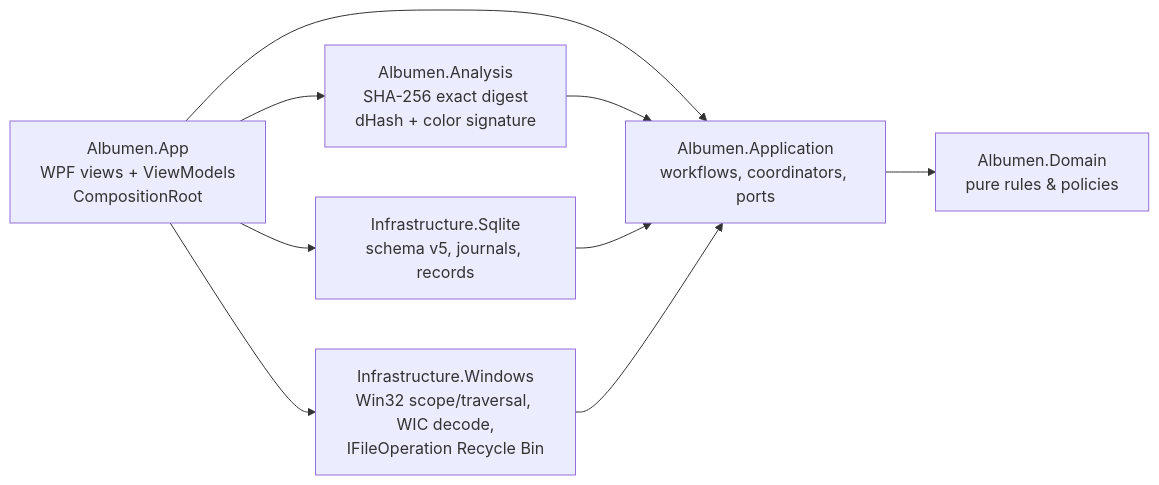
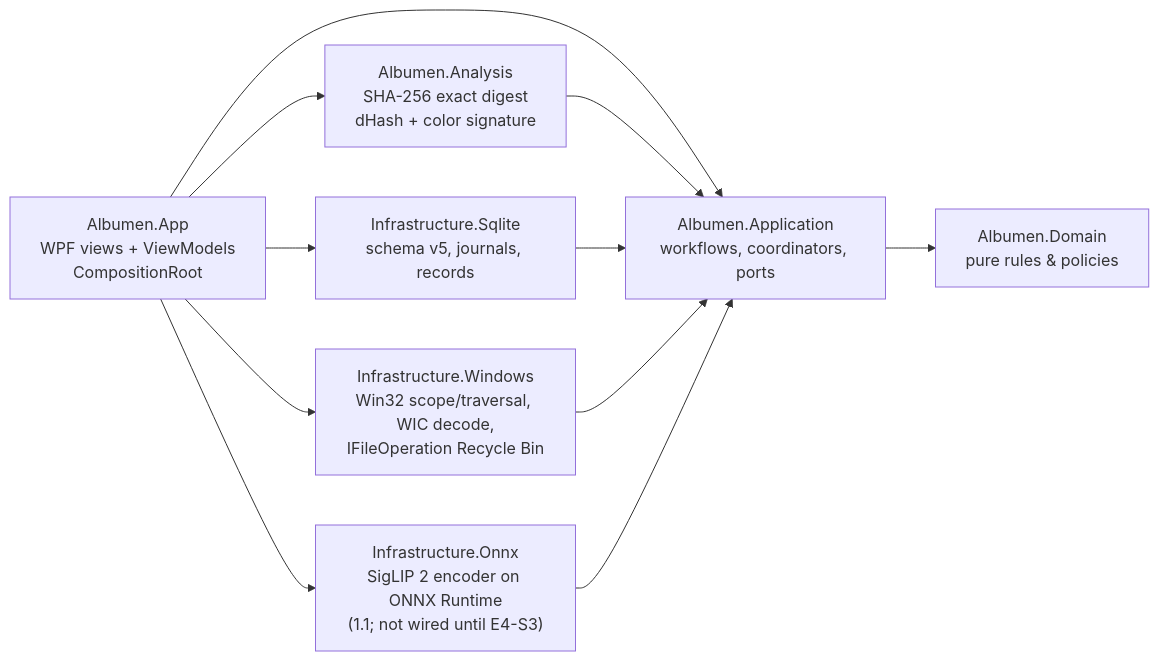
The first of 2 diagrams in docs/HOW-IT-WORKS.md (IgalFridman-dev/Albumen), drawn with Mermaid before and after one commit. The commit also changed other lines of this file, not shown here.

Commit message:
docs: describe the ONNX project and the model files in the gate guide
Claude-Session: https://claude.ai/code/session_01XTZXRaDZTyrBjcoyAFeQ6q

````diff
--- a/docs/HOW-IT-WORKS.md
+++ b/docs/HOW-IT-WORKS.md
@@ -25,11 +25,13 @@
 ```mermaid
 flowchart LR
   App["Albumen.App<br/>WPF views + ViewModels<br/>CompositionRoot"] --> Application
   App --> Analysis
   App --> Sqlite
   App --> Windows
+  App --> Onnx
   Analysis["Albumen.Analysis<br/>SHA-256 exact digest<br/>dHash + color signature"] --> Application
   Sqlite["Infrastructure.Sqlite<br/>schema v5, journals, records"] --> Application
   Windows["Infrastructure.Windows<br/>Win32 scope/traversal, WIC decode,<br/>IFileOperation Recycle Bin"] --> Application
+  Onnx["Infrastructure.Onnx<br/>SigLIP 2 encoder on ONNX Runtime<br/>(1.1; not wired until E4-S3)"] --> Application
   Application["Albumen.Application<br/>workflows, coordinators, ports"] --> Domain["Albumen.Domain<br/>pure rules & policies"]
 ```
````
